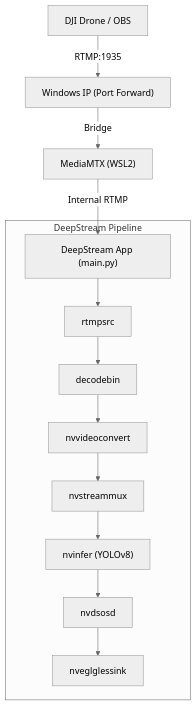
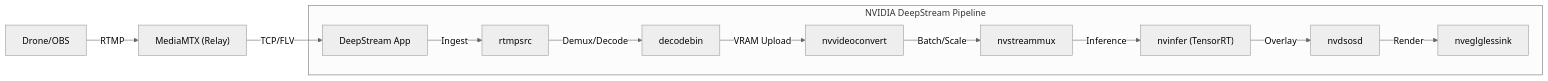
One commit to gomesgustavoo/computer-vision-drone changed the diagram in README.md. Above: the diagram before and after it, drawn with Mermaid (neutral theme). The commit also changed other lines of this file and 1 other file, not shown here.

````diff
--- a/README.md
+++ b/README.md
@@ -14,16 +14,15 @@
 ```mermaid
-graph TD
-    Drone["DJI Drone / OBS"] -->|RTMP:1935| WinIP["Windows IP (Port Forward)"]
-    WinIP -->|Bridge| MTX["MediaMTX (WSL2)"]
-    MTX -->|Internal RTMP| DS["DeepStream App (main.py)"]
+graph LR
+    Drone["Drone/OBS"] -->|RTMP| MTX["MediaMTX (Relay)"]
+    MTX -->|TCP/FLV| DS["DeepStream App"]
     
-    subgraph "DeepStream Pipeline"
-    DS --> G1[rtmpsrc]
-    G1 --> G2[decodebin]
-    G2 --> G3[nvvideoconvert]
-    G3 --> G4[nvstreammux]
-    G4 --> G5["nvinfer (YOLOv8)"]
-    G5 --> G6[nvdsosd]
-    G6 --> G7[nveglglessink]
+    subgraph "NVIDIA DeepStream Pipeline"
+    DS -->|Ingest| G1[rtmpsrc]
+    G1 -->|Demux/Decode| G2[decodebin]
+    G2 -->|VRAM Upload| G3[nvvideoconvert]
+    G3 -->|Batch/Scale| G4[nvstreammux]
+    G4 -->|Inference| G5["nvinfer (TensorRT)"]
+    G5 -->|Overlay| G6[nvdsosd]
+    G6 -->|Render| G7[nveglglessink]
     end
 ```
````
